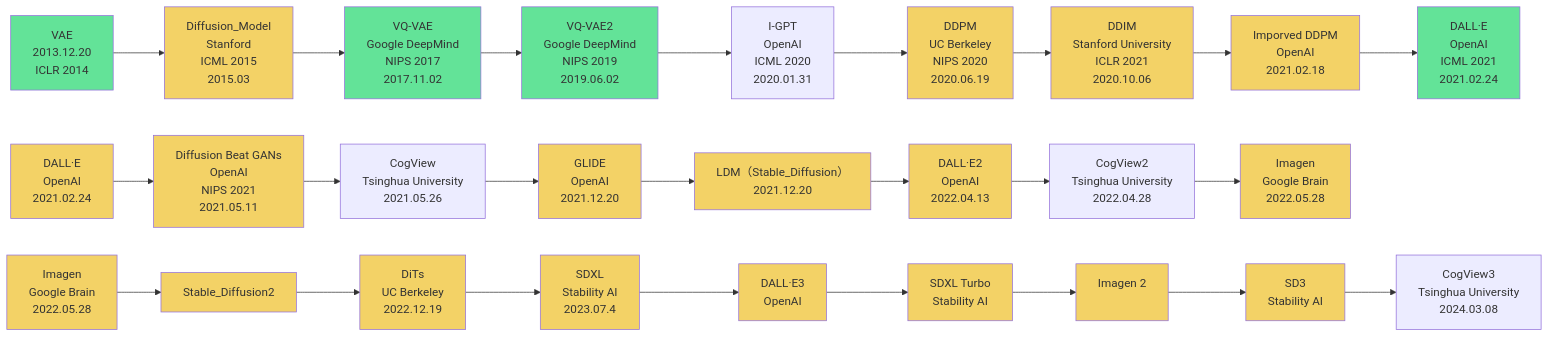
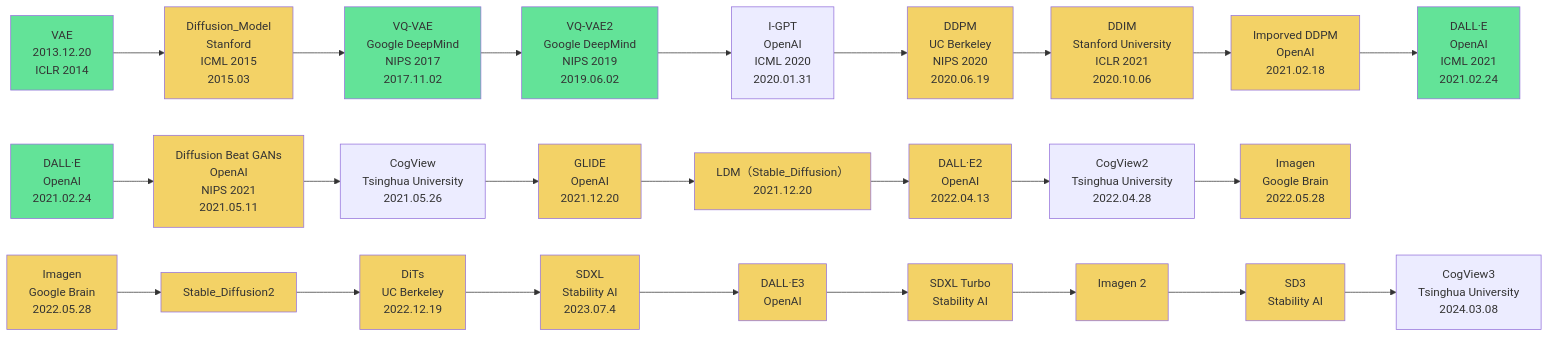
Before and after one commit to Elephant-King9/Paper: the second of 2 diagrams in GAN+VAE+Diffusion.md, drawn with Mermaid. The commit also changed 5 other files, not shown here.

````diff
--- a/GAN+VAE+Diffusion.md
+++ b/GAN+VAE+Diffusion.md
@@ -24,55 +24,55 @@
 ```mermaid
 flowchart LR
 VAE-->Diffusion_Model-->VQ-VAE-->VQ-VAE2-->I-GPT-->DDPM-->DDIM-->Imporved_DDPM-->DALL-E
 DALL-E_2-->Diffusion_Beat_GANs-->CogView-->GLIDE-->LDM-->DALL-E2-->CogView2-->Imagen
 Imagen_1_1-->Stable_Diffusion2-->DiTs-->SDXL-->DALL-E3-->SDXL_Turbo-->Imagen_2-->SD3-->CogView3
 VAE[VAE<br>2013.12.20<br>ICLR 2014]
 style VAE fill:#63E398
 Diffusion_Model[Diffusion_Model<br>Stanford<br>ICML 2015<br>2015.03]
 style Diffusion_Model fill:#F3D266
 VQ-VAE[VQ-VAE<br>Google DeepMind<br>NIPS 2017<br>2017.11.02]
 style VQ-VAE fill:#63E398
 VQ-VAE2[VQ-VAE2<br>Google DeepMind<br>NIPS 2019<br>2019.06.02]
 style VQ-VAE2 fill:#63E398
 I-GPT[I-GPT<br>OpenAI<br>ICML 2020<br>2020.01.31]
 DDPM[DDPM<br>UC Berkeley<br>NIPS 2020<br>2020.06.19]
 style DDPM fill:#F3D266
 DDIM[DDIM<br>Stanford University<br>ICLR 2021<br>2020.10.06]
 style DDIM fill:#F3D266
 Imporved_DDPM[Imporved DDPM<br>OpenAI<br>2021.02.18]
 style Imporved_DDPM fill:#F3D266
 DALL-E[DALL·E<br>OpenAI<br>ICML 2021<br>2021.02.24]
 style DALL-E fill:#63E398
 DALL-E_2[DALL·E<br>OpenAI<br>2021.02.24]
-style DALL-E_2 fill:#F3D266
+style DALL-E_2 fill:#63E398
 Diffusion_Beat_GANs[Diffusion Beat GANs<br>OpenAI<br>NIPS 2021<br>2021.05.11]
 style Diffusion_Beat_GANs fill:#F3D266
 CogView[CogView<br>Tsinghua University<br>2021.05.26]
 GLIDE[GLIDE<br>OpenAI<br>2021.12.20]
 style GLIDE fill:#F3D266
 LDM[LDM（Stable_Diffusion）<br>2021.12.20]
 style LDM fill:#F3D266
 DALL-E2[DALL·E2<br>OpenAI<br>2022.04.13]
 style DALL-E2 fill:#F3D266
 CogView2[CogView2<br>Tsinghua University<br>2022.04.28]
 
 Imagen[Imagen<br>Google Brain<br>2022.05.28]
 style Imagen fill:#F3D266
 Imagen_1_1[Imagen<br>Google Brain<br>2022.05.28]
 style Imagen_1_1 fill:#F3D266
 Stable_Diffusion2[Stable_Diffusion2]
 style Stable_Diffusion2 fill:#F3D266
 DiTs[DiTs<br>UC Berkeley<br>2022.12.19]
 style DiTs fill:#F3D266
 SDXL[SDXL<br>Stability AI<br>2023.07.4]
 style SDXL fill:#F3D266
 DALL-E3[DALL·E3<br>OpenAI<br>]
 style DALL-E3 fill:#F3D266
 SDXL_Turbo[SDXL Turbo<br>Stability AI]
 style SDXL_Turbo fill:#F3D266
 Imagen_2[Imagen 2<br><br>]
 style Imagen_2 fill:#F3D266
 SD3[SD3<br>Stability AI<br>]
 style SD3 fill:#F3D266
 CogView3[CogView3<br> Tsinghua University<br>2024.03.08]
 ```
````
